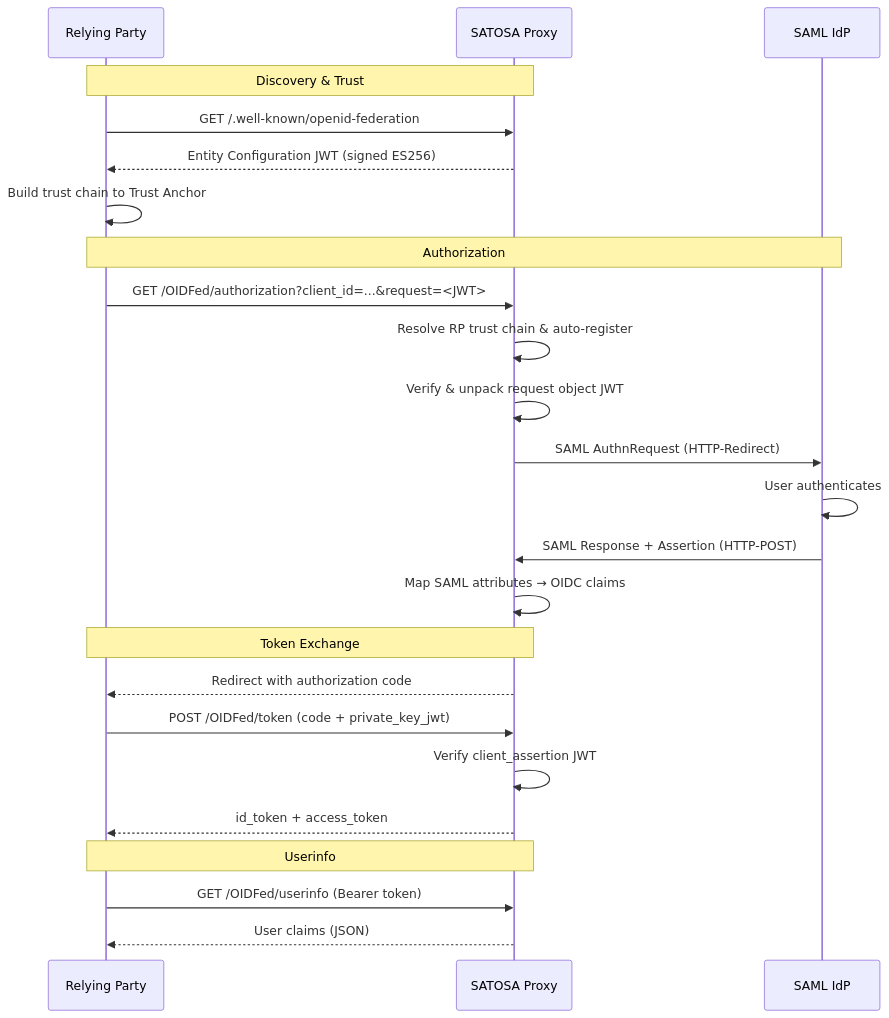
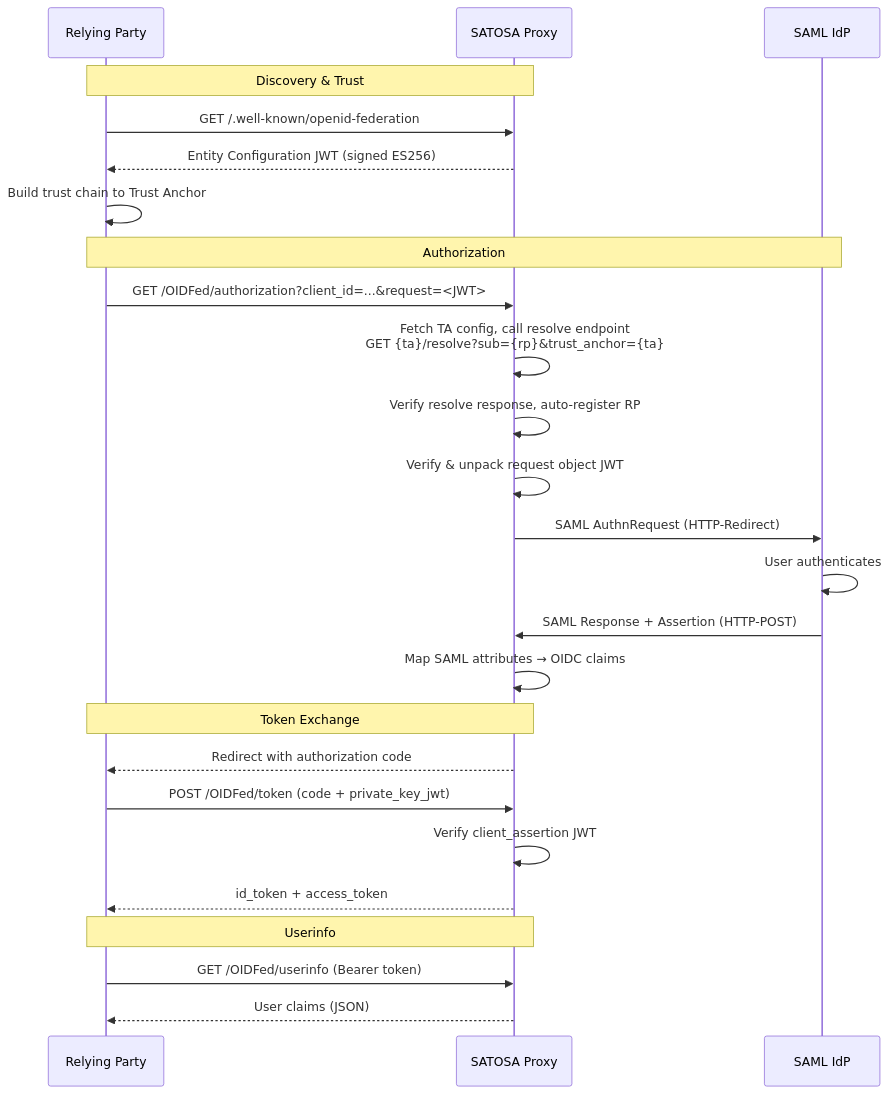
One commit to GT-BAITA/satosa-federation changed the first of 3 diagrams in README.md. Above: the diagram before and after it, drawn with Mermaid. The commit also changed other lines of this file and 2 other files, not shown here.

Commit message:
feat: use resolve endpoint

````diff
--- a/README.md
+++ b/README.md
@@ -12,30 +12,31 @@
 ```mermaid
 sequenceDiagram
     participant RP as Relying Party
     participant SATOSA as SATOSA Proxy
     participant IdP as SAML IdP
 
     Note over RP,SATOSA: Discovery & Trust
     RP->>SATOSA: GET /.well-known/openid-federation
     SATOSA-->>RP: Entity Configuration JWT (signed ES256)
     RP->>RP: Build trust chain to Trust Anchor
 
     Note over RP,IdP: Authorization
     RP->>SATOSA: GET /OIDFed/authorization?client_id=...&request=<JWT>
-    SATOSA->>SATOSA: Resolve RP trust chain & auto-register
+    SATOSA->>SATOSA: Fetch TA config, call resolve endpoint<br/>GET {ta}/resolve?sub={rp}&trust_anchor={ta}
+    SATOSA->>SATOSA: Verify resolve response, auto-register RP
     SATOSA->>SATOSA: Verify & unpack request object JWT
     SATOSA->>IdP: SAML AuthnRequest (HTTP-Redirect)
     IdP->>IdP: User authenticates
     IdP->>SATOSA: SAML Response + Assertion (HTTP-POST)
     SATOSA->>SATOSA: Map SAML attributes → OIDC claims
 
     Note over RP,SATOSA: Token Exchange
     SATOSA-->>RP: Redirect with authorization code
     RP->>SATOSA: POST /OIDFed/token (code + private_key_jwt)
     SATOSA->>SATOSA: Verify client_assertion JWT
     SATOSA-->>RP: id_token + access_token
 
     Note over RP,SATOSA: Userinfo
     RP->>SATOSA: GET /OIDFed/userinfo (Bearer token)
     SATOSA-->>RP: User claims (JSON)
 ```
````
